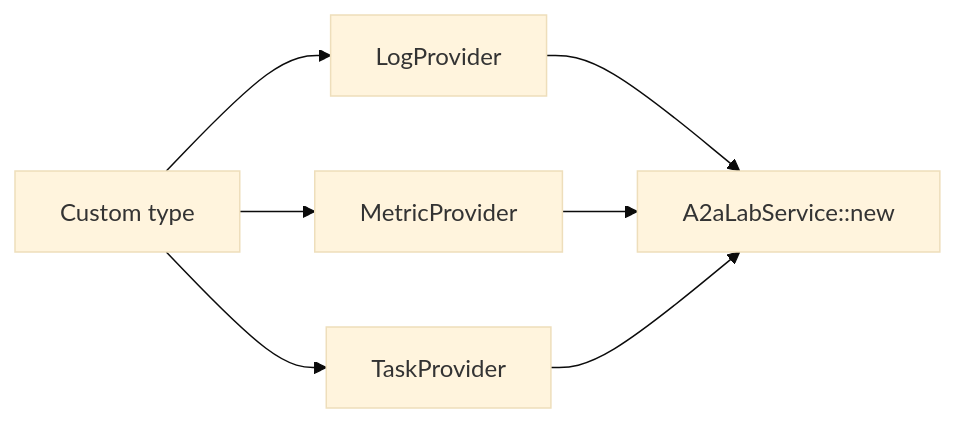
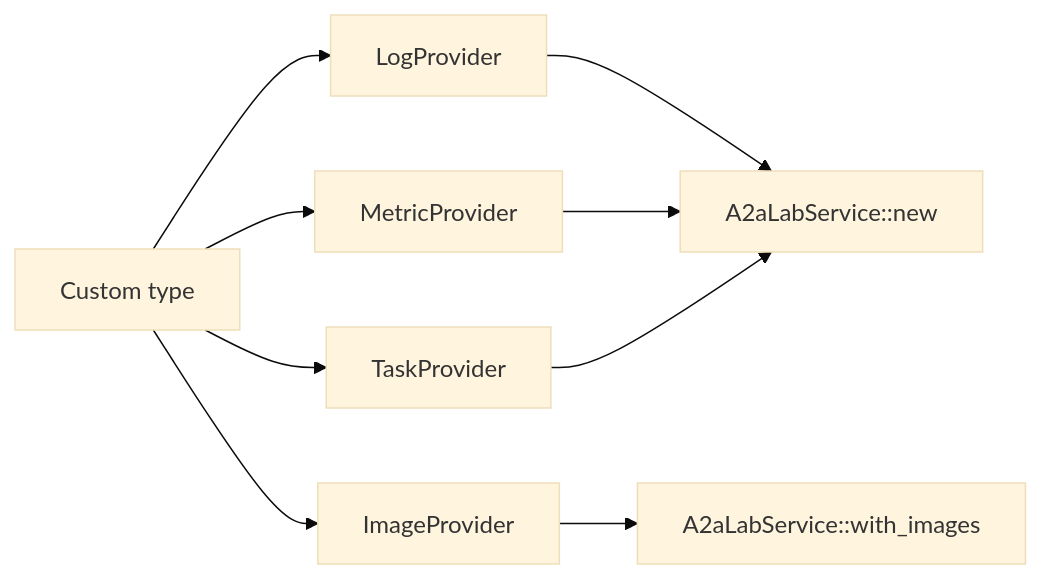
Before and after one commit to A3Analytics/a2a-lab-dev-kit-rs: the diagram in backlog/docs/guide/custom-provider/doc-21 - Implement-a-custom-provider.md, drawn with Mermaid (base theme). The commit also changed other lines of this file and 54 other files, not shown here.

First line of the commit message:
Add image support to A2A-LAB devkit and update documentation

````diff
--- a/backlog/docs/guide/custom-provider/doc-21 - Implement-a-custom-provider.md
+++ b/backlog/docs/guide/custom-provider/doc-21 - Implement-a-custom-provider.md
@@ -15,11 +15,13 @@
 ```mermaid
 flowchart LR
   accTitle: Wire a custom provider
-  accDescr: A custom type implements LogProvider, MetricProvider, or TaskProvider. A2aLabService::new accepts those implementations.
+  accDescr: A custom type implements LogProvider, MetricProvider, TaskProvider, or ImageProvider. A2aLabService::new accepts the first three. with_images accepts ImageProvider.
   custom["Custom type"] --> logs["LogProvider"]
   custom --> metrics["MetricProvider"]
   custom --> tasks["TaskProvider"]
+  custom --> images["ImageProvider"]
   logs --> service["A2aLabService::new"]
   metrics --> service
   tasks --> service
+  images --> attached["A2aLabService::with_images"]
 ```
````
